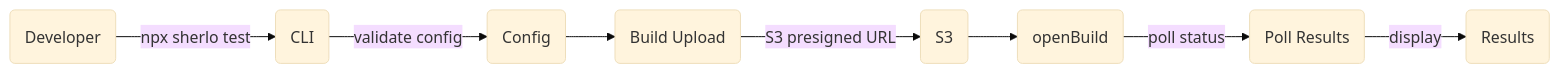
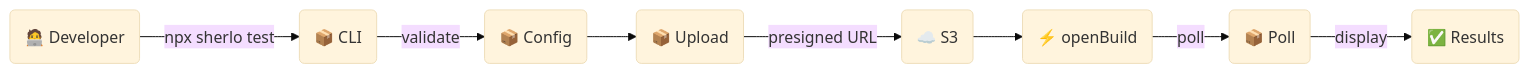
Before and after one commit to sherlo-io/sherlo: the diagram in docs/cli-architecture.md, drawn with Mermaid (base theme). The commit also changed other lines of this file, not shown here.

Commit message:
chore: add emoji anchors to diagrams
Jira: SHERLO-386

Submitted by Sherlo Brain 🧠

````diff
--- a/docs/cli-architecture.md
+++ b/docs/cli-architecture.md
@@ -21,10 +21,10 @@
 ```mermaid
 flowchart LR
-    Dev(Developer) -->|npx sherlo test| CLI(CLI)
-    CLI -->|validate config| Config(Config)
-    Config --> Binary(Build Upload)
-    Binary -->|S3 presigned URL| S3(S3)
-    S3 --> API(openBuild)
-    API -->|poll status| Poll(Poll Results)
-    Poll -->|display| Results(Results)
+    Dev(🧑‍💻 Developer) -->|npx sherlo test| CLI(📦 CLI)
+    CLI -->|validate| Config(📦 Config)
+    Config --> Binary(📦 Upload)
+    Binary -->|presigned URL| S3(☁️ S3)
+    S3 --> API(⚡ openBuild)
+    API -->|poll| Poll(📦 Poll)
+    Poll -->|display| Results(✅ Results)
 ```
````
